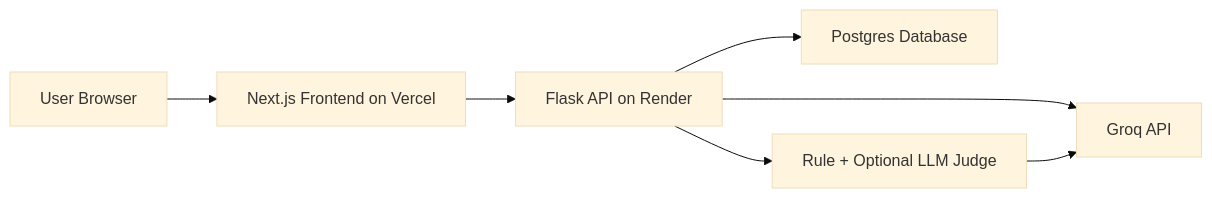
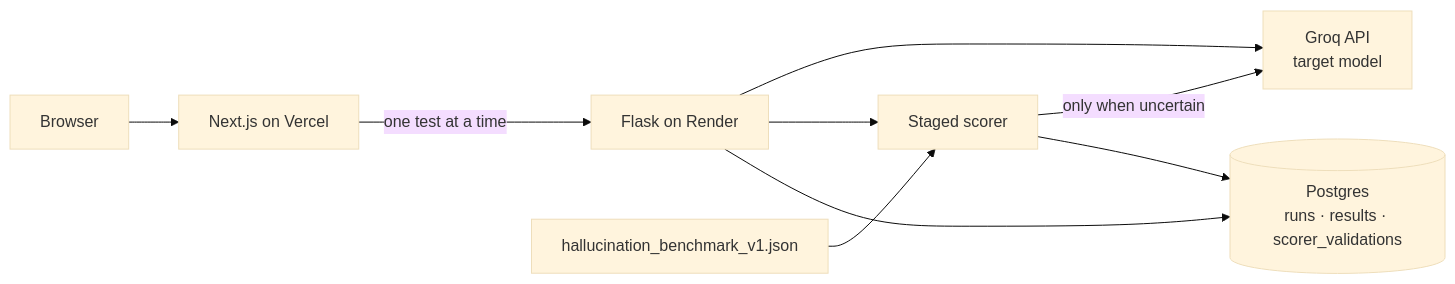
One commit to AyushkhatiDev/llm-eval changed the second of 2 diagrams in README.md. Above: the diagram before and after it, drawn with Mermaid (base theme). The commit also changed other lines of this file and 4 other files, not shown here.

````diff
--- a/README.md
+++ b/README.md
@@ -38,9 +297,11 @@
 ```mermaid
 flowchart LR
-  User["User Browser"] --> Vercel["Next.js Frontend on Vercel"]
-  Vercel --> API["Flask API on Render"]
-  API --> Groq["Groq API"]
-  API --> DB["Postgres Database"]
-  API --> Judge["Rule + Optional LLM Judge"]
-  Judge --> Groq
+  User["Browser"] --> Vercel["Next.js on Vercel"]
+  Vercel -->|"one test at a time"| API["Flask on Render"]
+  API --> Groq["Groq API<br/>target model"]
+  API --> Scorer["Staged scorer"]
+  Scorer -->|"only when uncertain"| Groq
+  API --> DB[("Postgres<br/>runs · results · scorer_validations")]
+  Fixture["hallucination_benchmark_v1.json"] --> Scorer
+  Scorer --> DB
 ```
````
